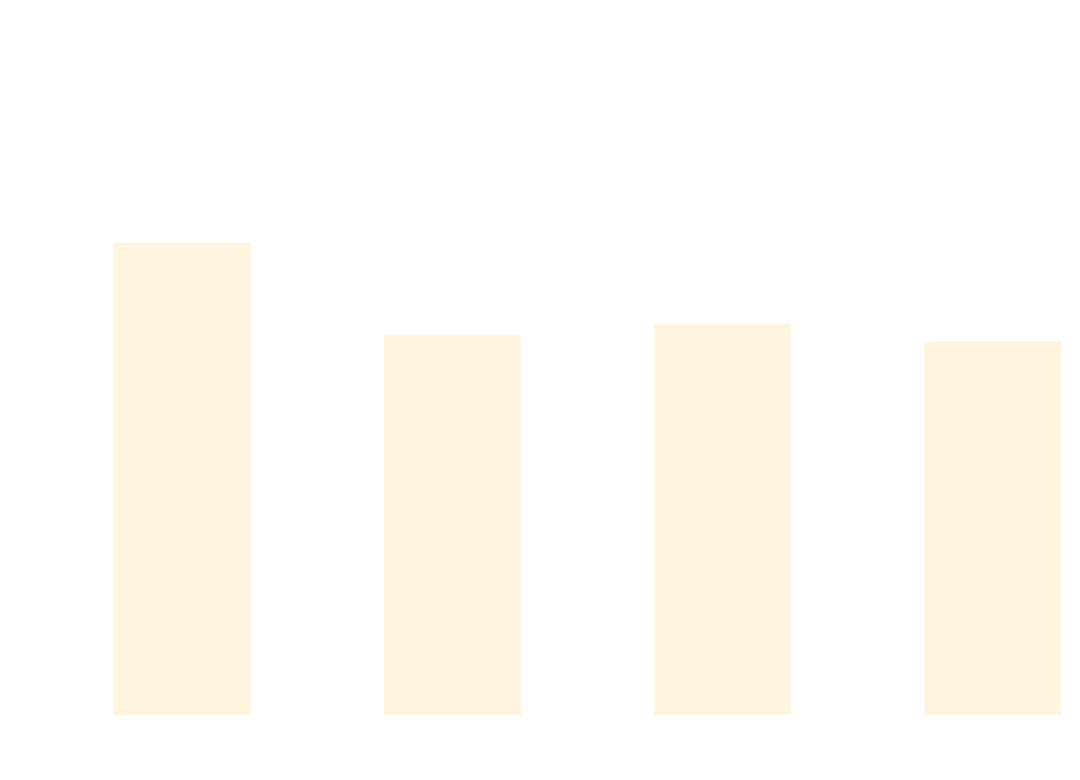
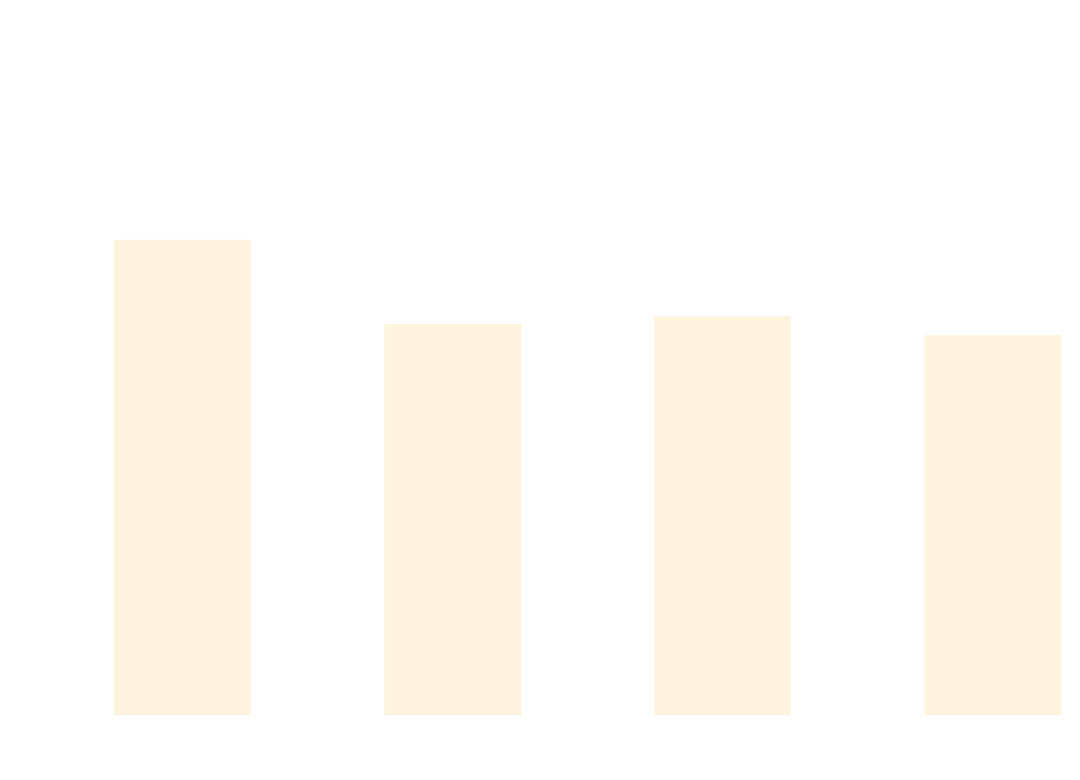
One commit to thomhurst/TUnit changed the diagram in docs/docs/benchmarks/BuildTime.md. Above: the diagram before and after it, drawn with Mermaid. The commit also changed other lines of this file and 17 other files, not shown here.

````diff
--- a/docs/docs/benchmarks/BuildTime.md
+++ b/docs/docs/benchmarks/BuildTime.md
@@ -28,37 +28,37 @@
 ```mermaid
 %%{init: {
   'theme':'base',
   'themeVariables': {
     'primaryColor': '#2563eb',
     'primaryTextColor': '#ffffff',
     'primaryBorderColor': '#1e40af',
     'lineColor': '#6b7280',
     'secondaryColor': '#7c3aed',
     'tertiaryColor': '#dc2626',
     'background': '#ffffff',
     'mainBkg': '#2563eb',
     'secondBkg': '#7c3aed',
     'tertiaryBkg': '#dc2626',
     'clusterBkg': '#f3f4f6',
     'edgeLabelBackground': '#ffffff',
     'tertiaryTextColor': '#1f2937',
     'pie1': '#2563eb',
     'pie2': '#7c3aed',
     'pie3': '#dc2626',
     'pie4': '#f59e0b',
     'pie5': '#10b981',
     'pie6': '#06b6d4',
     'pie7': '#ec4899',
     'pie8': '#6366f1',
     'pie9': '#84cc16',
     'pie10': '#f97316',
     'pie11': '#14b8a6',
     'pie12': '#a855f7'
   }
 }}%%
 xychart-beta
   title "Build Time Comparison"
   x-axis ["Build_TUnit", "Build_NUnit", "Build_MSTest", "Build_xUnit3"]
   y-axis "Time (s)" 0 --> 3
-  bar [2.252, 1.804, 1.856, 1.773]
+  bar [2.268, 1.856, 1.893, 1.8]
 ```
````
